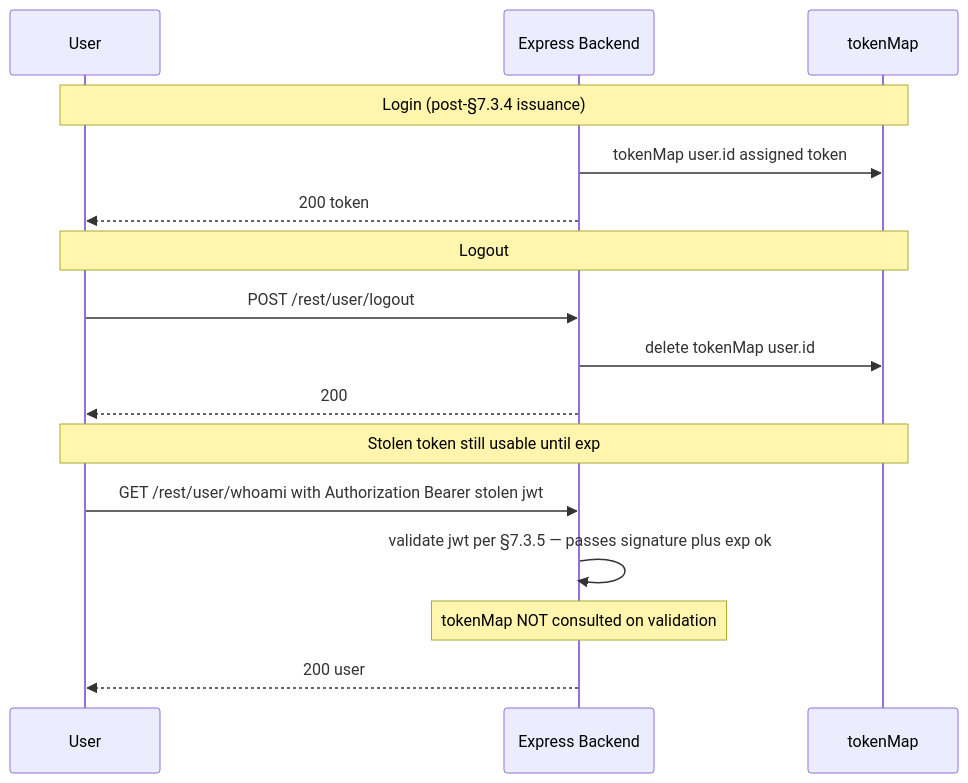
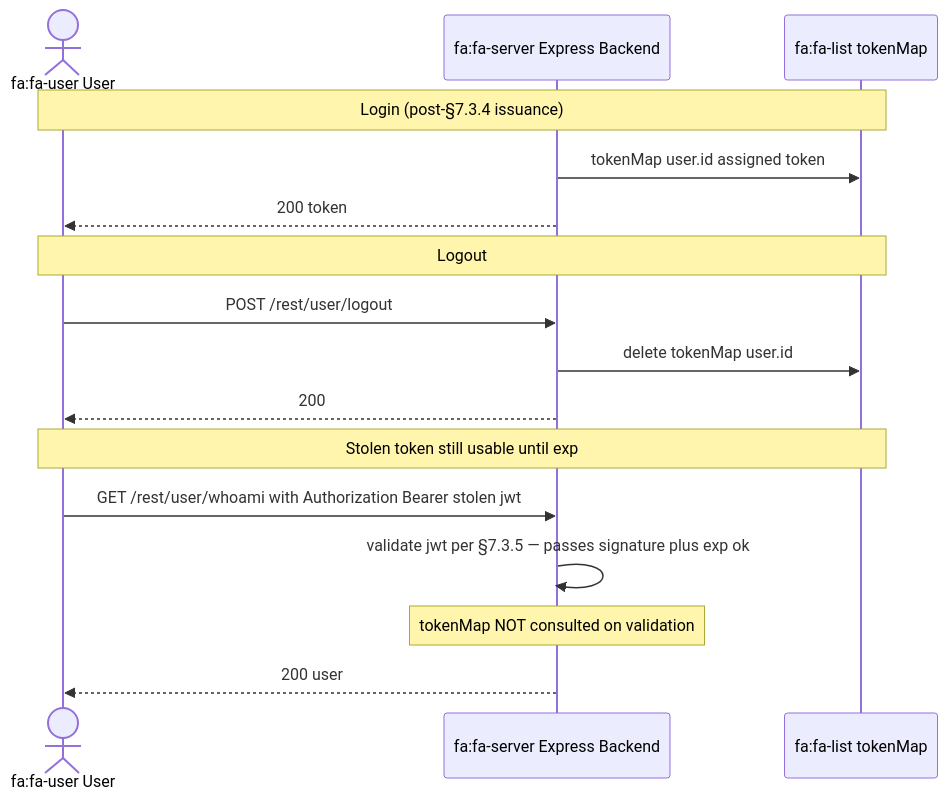
One commit to appsec-foundry/appsec-advisor changed diagram 18 of 18 in examples/threat-modeler/threat-mode-juice-shop-standard.md. Above: the diagram before and after it, drawn with Mermaid. The commit also changed other lines of this file and 9 other files, not shown here.

Commit message:
mermaid diagrams improved

````diff
--- a/examples/threat-modeler/threat-mode-juice-shop-standard.md
+++ b/examples/threat-modeler/threat-mode-juice-shop-standard.md
@@ -1235,21 +1058,21 @@
 ```mermaid
 sequenceDiagram
-    participant U as User
-    participant API as Express Backend
-    participant MAP as tokenMap
+    actor U as fa:fa-user User
+    participant API as fa:fa-server Express Backend
+    participant MAP as fa:fa-list tokenMap
 
     Note over U,MAP: Login (post-§7.3.4 issuance)
     API->>MAP: tokenMap user.id assigned token
     API-->>U: 200 token
 
     Note over U,MAP: Logout
     U->>API: POST /rest/user/logout
     API->>MAP: delete tokenMap user.id
     API-->>U: 200
 
     Note over U,MAP: Stolen token still usable until exp
     U->>API: GET /rest/user/whoami with Authorization Bearer stolen jwt
     API->>API: validate jwt per §7.3.5 — passes signature plus exp ok
     Note over API: tokenMap NOT consulted on validation
     API-->>U: 200 user
 ```
````
